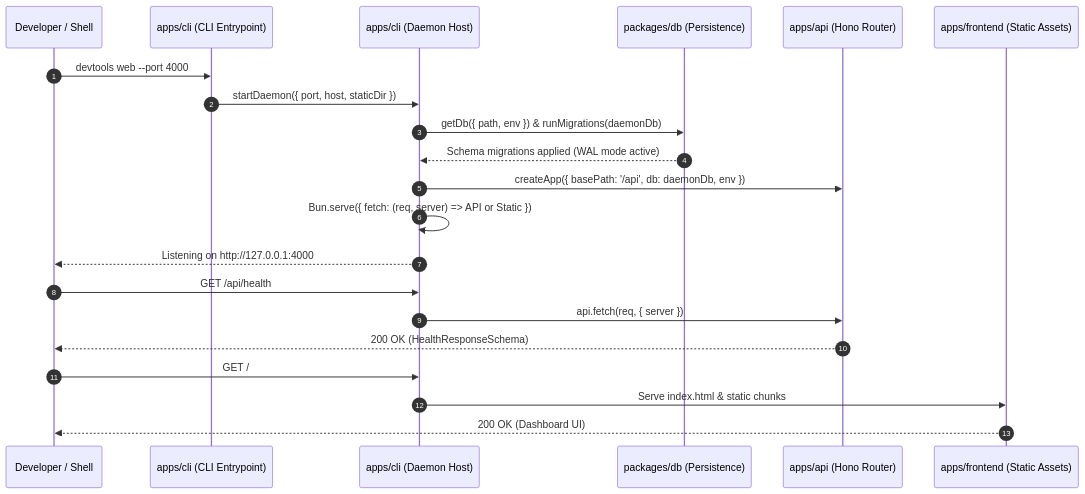
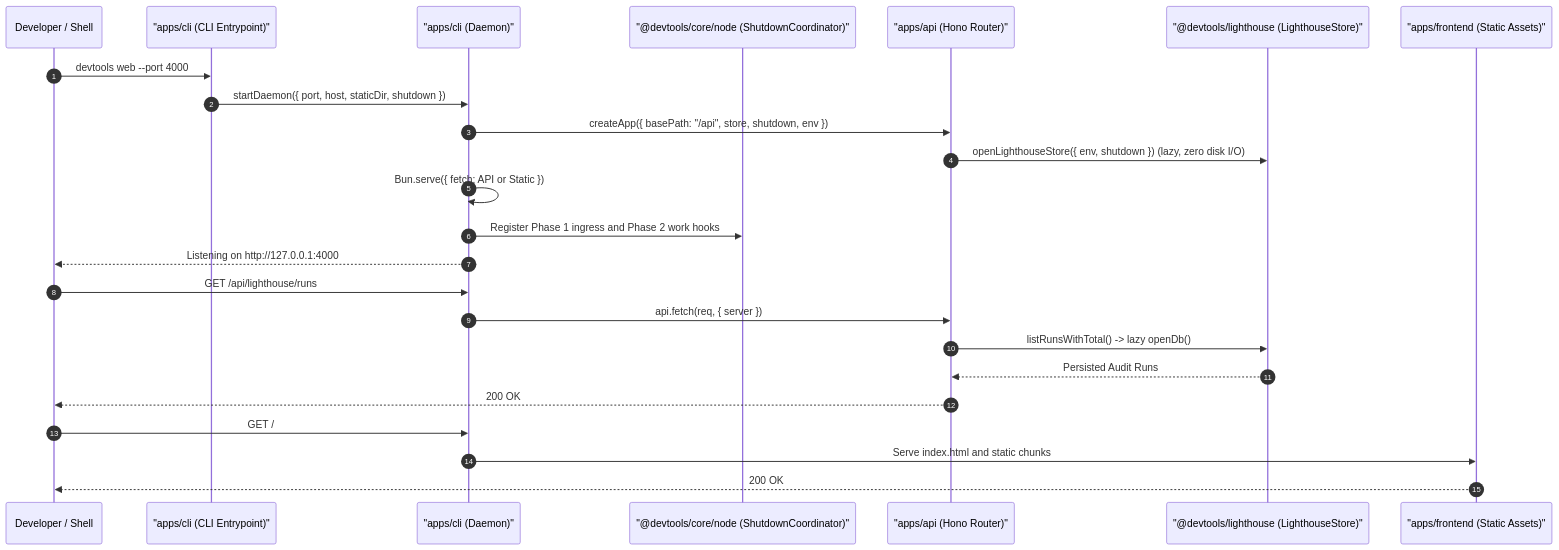
Before and after one commit to ahmedhanye/devtools: the diagram in docs/architecture/cli-and-daemon.md, drawn with Mermaid. The commit also changed other lines of this file and 50 other files, not shown here.

Commit message:
docs: reorganize architecture, standards, testing, and PR guides

````diff
--- a/docs/architecture/cli-and-daemon.md
+++ b/docs/architecture/cli-and-daemon.md
@@ -52,24 +42,27 @@
 ```mermaid
 sequenceDiagram
   autonumber
   participant User as Developer / Shell
-  participant CLI as apps/cli (CLI Entrypoint)
-  participant Daemon as apps/cli (Daemon Host)
-  participant DB as packages/db (Persistence)
-  participant API as apps/api (Hono Router)
-  participant UI as apps/frontend (Static Assets)
+  participant CLI as "apps/cli (CLI Entrypoint)"
+  participant Daemon as "apps/cli (Daemon)"
+  participant Shutdown as "@devtools/core/node (ShutdownCoordinator)"
+  participant API as "apps/api (Hono Router)"
+  participant Store as "@devtools/lighthouse (LighthouseStore)"
+  participant UI as "apps/frontend (Static Assets)"
 
   User->>CLI: devtools web --port 4000
-  CLI->>Daemon: startDaemon({ port, host, staticDir })
-  Daemon->>DB: getDb({ path, env }) & runMigrations(daemonDb)
-  DB-->>Daemon: Schema migrations applied (WAL mode active)
-  Daemon->>API: createApp({ basePath: '/api', db: daemonDb, env })
-  Daemon->>Daemon: Bun.serve({ fetch: (req, server) => API or Static })
+  CLI->>Daemon: startDaemon({ port, host, staticDir, shutdown })
+  Daemon->>API: createApp({ basePath: "/api", store, shutdown, env })
+  API->>Store: openLighthouseStore({ env, shutdown }) (lazy, zero disk I/O)
+  Daemon->>Daemon: Bun.serve({ fetch: API or Static })
+  Daemon->>Shutdown: Register Phase 1 ingress and Phase 2 work hooks
   Daemon-->>User: Listening on http://127.0.0.1:4000
-  User->>Daemon: GET /api/health
+  User->>Daemon: GET /api/lighthouse/runs
   Daemon->>API: api.fetch(req, { server })
-  API-->>User: 200 OK (HealthResponseSchema)
+  API->>Store: listRunsWithTotal() -> lazy openDb()
+  Store-->>API: Persisted Audit Runs
+  API-->>User: 200 OK
   User->>Daemon: GET /
-  Daemon->>UI: Serve index.html & static chunks
-  UI-->>User: 200 OK (Dashboard UI)
+  Daemon->>UI: Serve index.html and static chunks
+  UI-->>User: 200 OK
 ```
````
